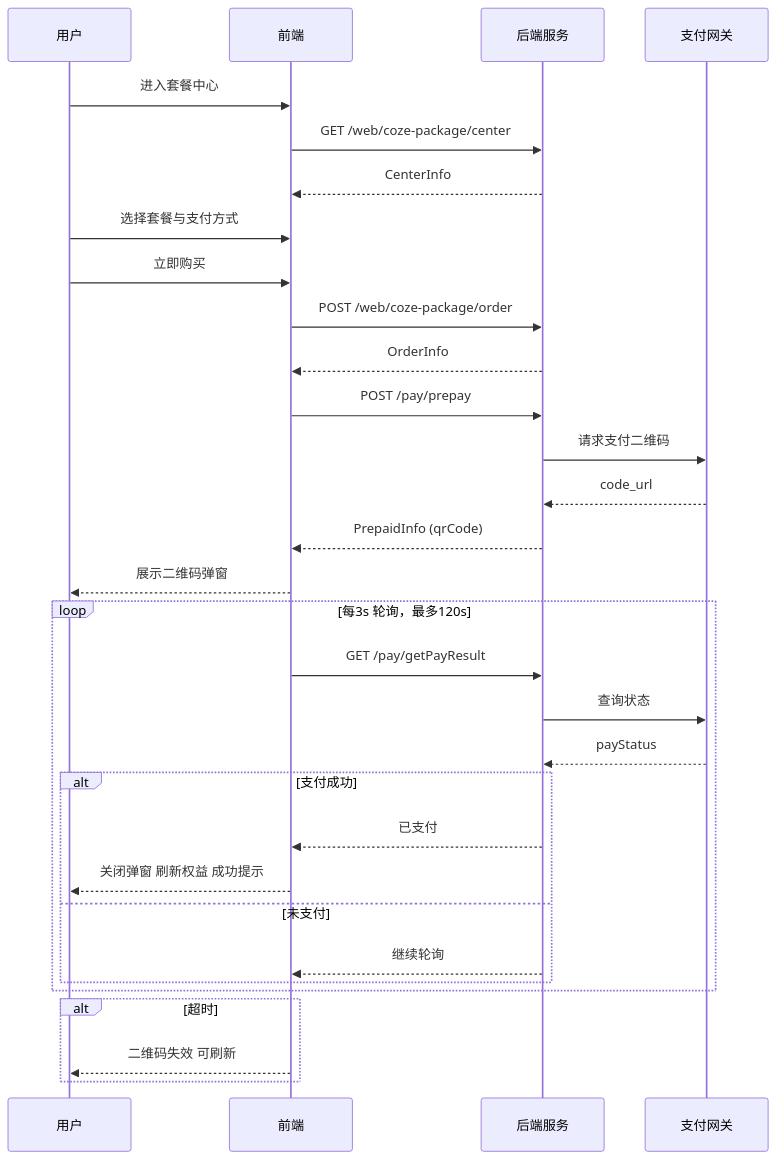
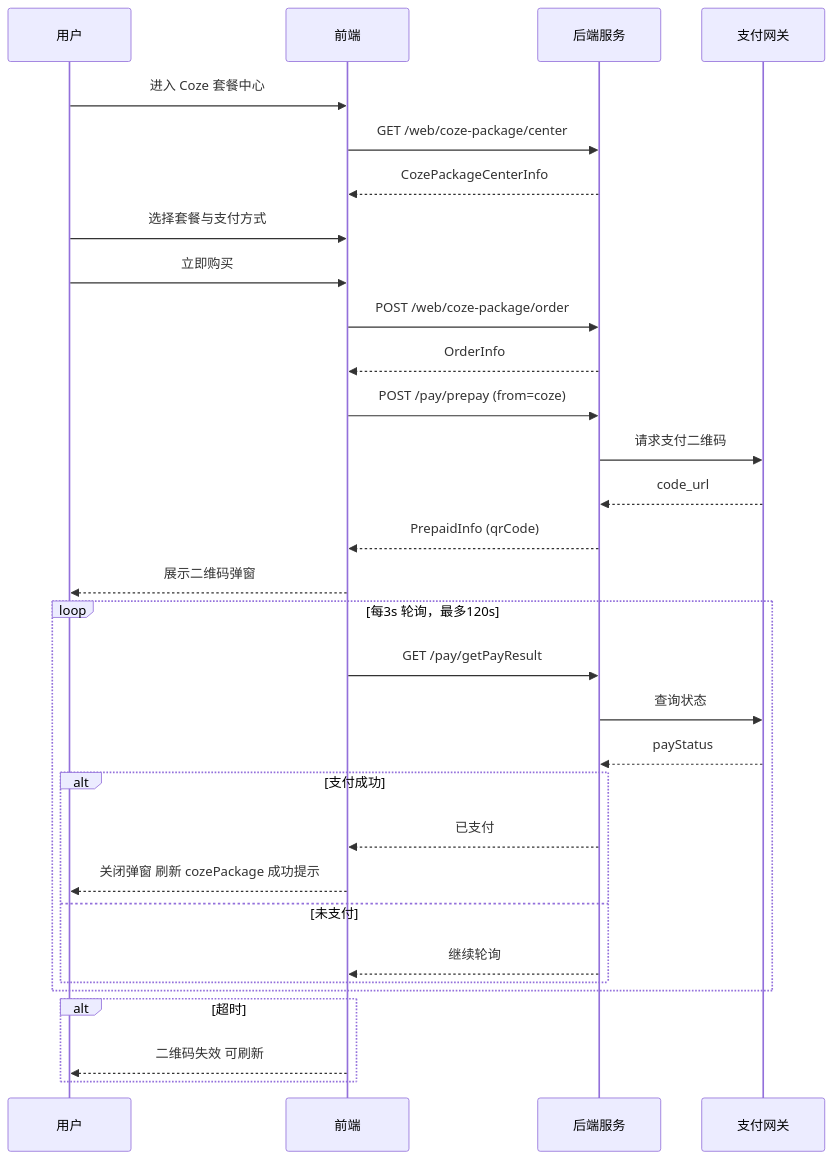
The second of 2 diagrams in .trae/documents/Coze套餐中心页面技术架构.md (lypzcgf/BuildingAI), drawn with Mermaid before and after one commit. The commit also changed other lines of this file and 42 other files, not shown here.

````diff
--- a/.trae/documents/Coze套餐中心页面技术架构.md
+++ b/.trae/documents/Coze套餐中心页面技术架构.md
@@ -380,34 +122,34 @@
 ```mermaid
 %%{init: {'theme': 'default'}}%%
 sequenceDiagram
   participant U as 用户
   participant F as 前端
   participant B as 后端服务
   participant P as 支付网关
-  U->>F: 进入套餐中心
+  U->>F: 进入 Coze 套餐中心
   F->>B: GET /web/coze-package/center
-  B-->>F: CenterInfo
+  B-->>F: CozePackageCenterInfo
   U->>F: 选择套餐与支付方式
   U->>F: 立即购买
   F->>B: POST /web/coze-package/order
   B-->>F: OrderInfo
-  F->>B: POST /pay/prepay
+  F->>B: POST /pay/prepay (from=coze)
   B->>P: 请求支付二维码
   P-->>B: code_url
   B-->>F: PrepaidInfo (qrCode)
   F-->>U: 展示二维码弹窗
   loop 每3s 轮询，最多120s
     F->>B: GET /pay/getPayResult
     B->>P: 查询状态
     P-->>B: payStatus
     alt 支付成功
       B-->>F: 已支付
-      F-->>U: 关闭弹窗 刷新权益 成功提示
+      F-->>U: 关闭弹窗 刷新 cozePackage 成功提示
     else 未支付
       B-->>F: 继续轮询
     end
   end
   alt 超时
     F-->>U: 二维码失效 可刷新
   end
 ```
````
